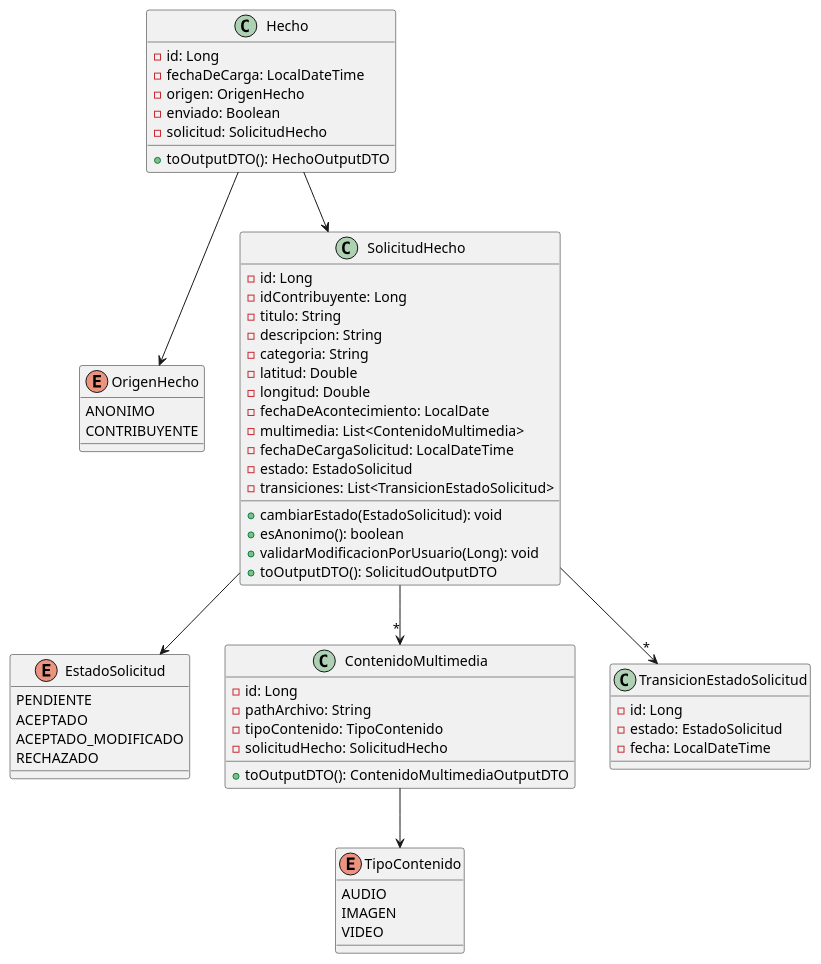
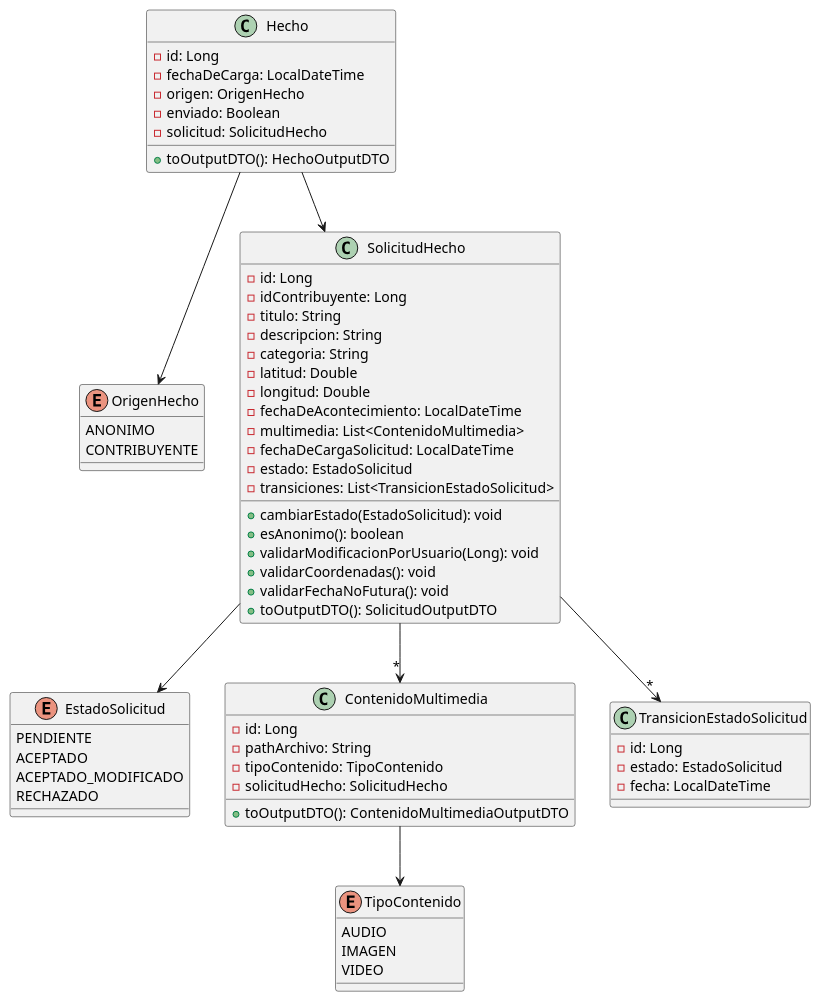
One commit to NicolasPazz/metamapa changed the diagram in entregables/entrega-final/diagrama-de-clases/dinamica.puml. Above: the diagram before and after it, drawn with PlantUML. The commit also changed 84 other files, not shown here.

```diff
--- a/entregables/entrega-final/diagrama-de-clases/dinamica.puml
+++ b/entregables/entrega-final/diagrama-de-clases/dinamica.puml
@@ -1,75 +1,77 @@
 @startuml
 
 ' Entidades del dominio Hecho
 
 class Hecho {
 -id: Long
 -fechaDeCarga: LocalDateTime
 -origen: OrigenHecho
 -enviado: Boolean
 -solicitud: SolicitudHecho
 +toOutputDTO(): HechoOutputDTO
 }
 
 Hecho --> OrigenHecho
 enum OrigenHecho {
 ANONIMO
 CONTRIBUYENTE
 }
 
 Hecho --> SolicitudHecho
 
 ' Entidades del dominio Solicitud
 
 class SolicitudHecho {
 -id: Long
 -idContribuyente: Long
 -titulo: String
 -descripcion: String
 -categoria: String
 -latitud: Double
 -longitud: Double
--fechaDeAcontecimiento: LocalDate
+-fechaDeAcontecimiento: LocalDateTime
 -multimedia: List<ContenidoMultimedia>
 -fechaDeCargaSolicitud: LocalDateTime
 -estado: EstadoSolicitud
 -transiciones: List<TransicionEstadoSolicitud>
 +cambiarEstado(EstadoSolicitud): void
 +esAnonimo(): boolean
 +validarModificacionPorUsuario(Long): void
++validarCoordenadas(): void
++validarFechaNoFutura(): void
 +toOutputDTO(): SolicitudOutputDTO
 }
 
 SolicitudHecho --> EstadoSolicitud
 enum EstadoSolicitud {
 PENDIENTE
 ACEPTADO
 ACEPTADO_MODIFICADO
 RECHAZADO
 }
 
 SolicitudHecho -->"*" ContenidoMultimedia
 class ContenidoMultimedia {
 -id: Long
 -pathArchivo: String
 -tipoContenido: TipoContenido
 -solicitudHecho: SolicitudHecho
 +toOutputDTO(): ContenidoMultimediaOutputDTO
 }
 
 ContenidoMultimedia --> TipoContenido
 enum TipoContenido {
 AUDIO
 IMAGEN
 VIDEO
 }
 
 SolicitudHecho -->"*" TransicionEstadoSolicitud
 class TransicionEstadoSolicitud {
 -id: Long
 -estado: EstadoSolicitud
 -fecha: LocalDateTime
 }
 
 
 @enduml
```
